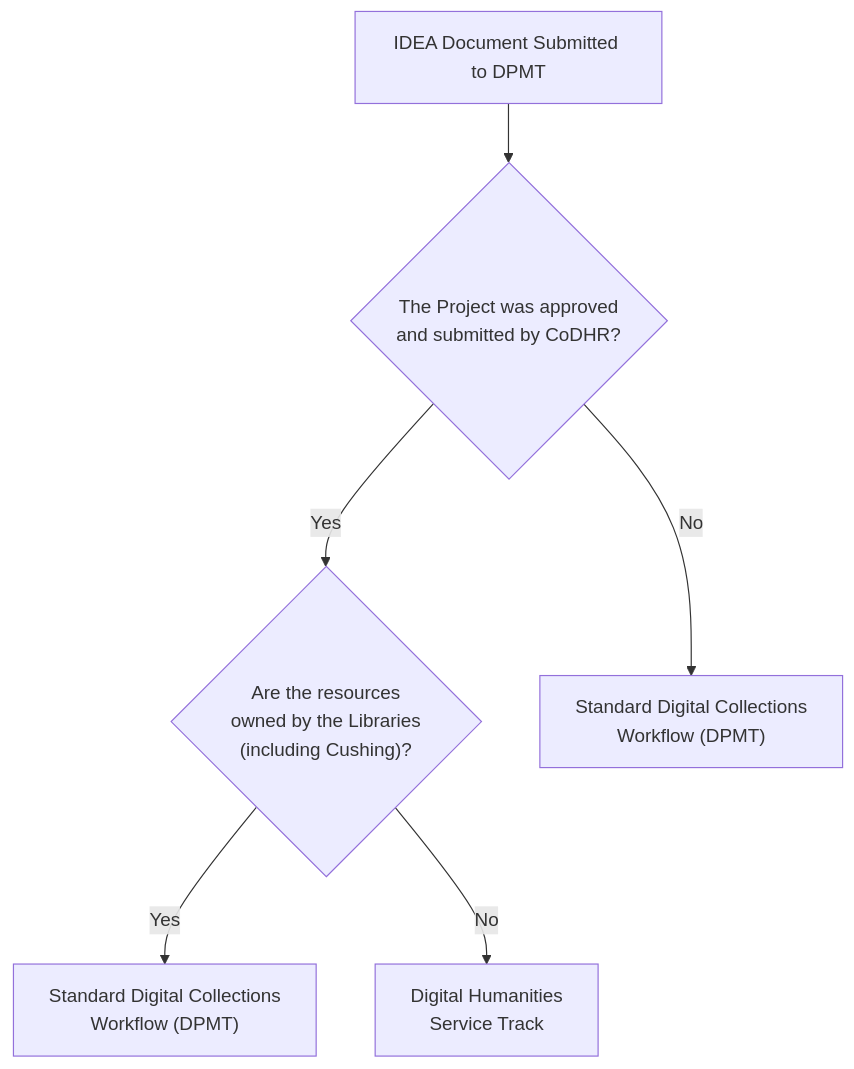
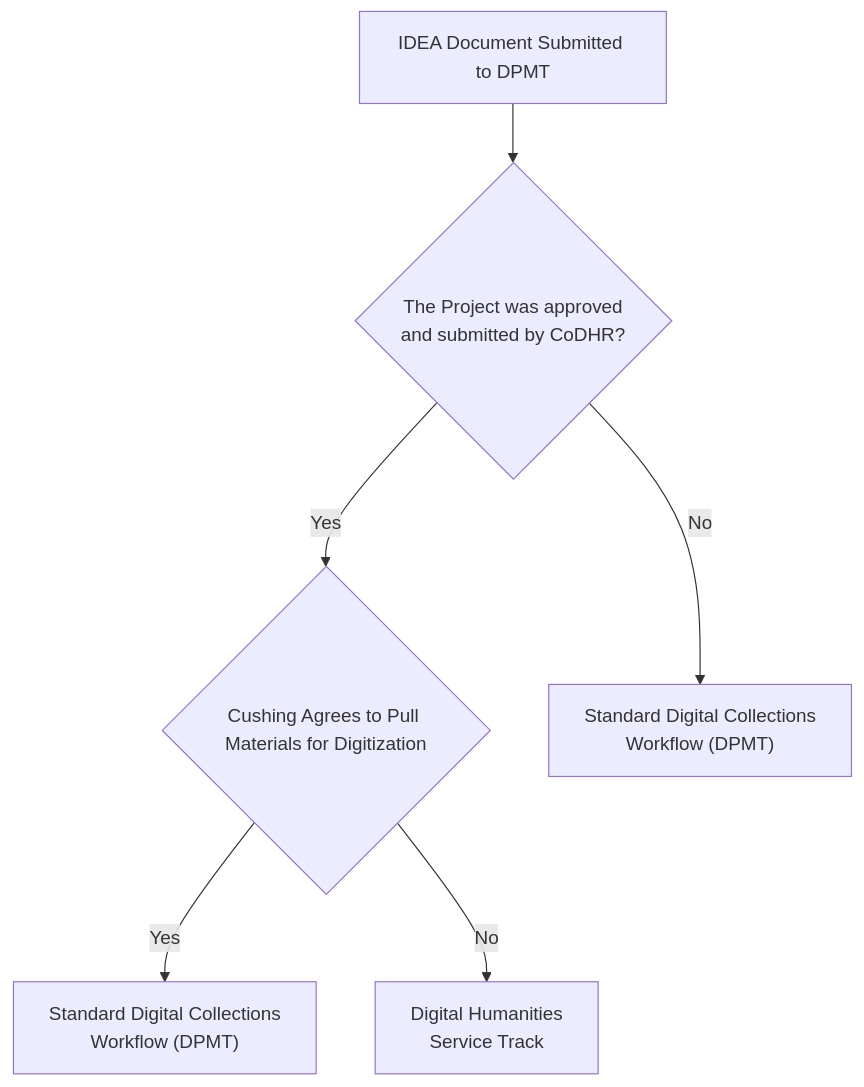
One commit to tamulib-dc-labs/docs changed the first of 2 diagrams in docs/source/about/06_workflow.rst. Above: the diagram before and after it, drawn with Mermaid. The commit also changed other lines of this file, not shown here.

```diff
--- a/docs/source/about/06_workflow.rst
+++ b/docs/source/about/06_workflow.rst
@@ -45,16 +45,16 @@
 .. mermaid::
 
    flowchart TD
 
    A["IDEA Document Submitted to DPMT"]
    B{"The Project was approved<br>and submitted by CoDHR?"}
-   C{"Are the resources<br>owned by the Libraries<br>(including Cushing)?"}
+   C{"Cushing Agrees to Pull Materials for Digitization"}
    D["Standard Digital Collections<br>Workflow (DPMT)"]
    E["Digital Humanities<br>Service Track"]
    F["Standard Digital Collections<br>Workflow (DPMT)"]
 
    A --> B
    B -- No --> F
    B -- Yes --> C
    C -- Yes --> D
    C -- No --> E
```
